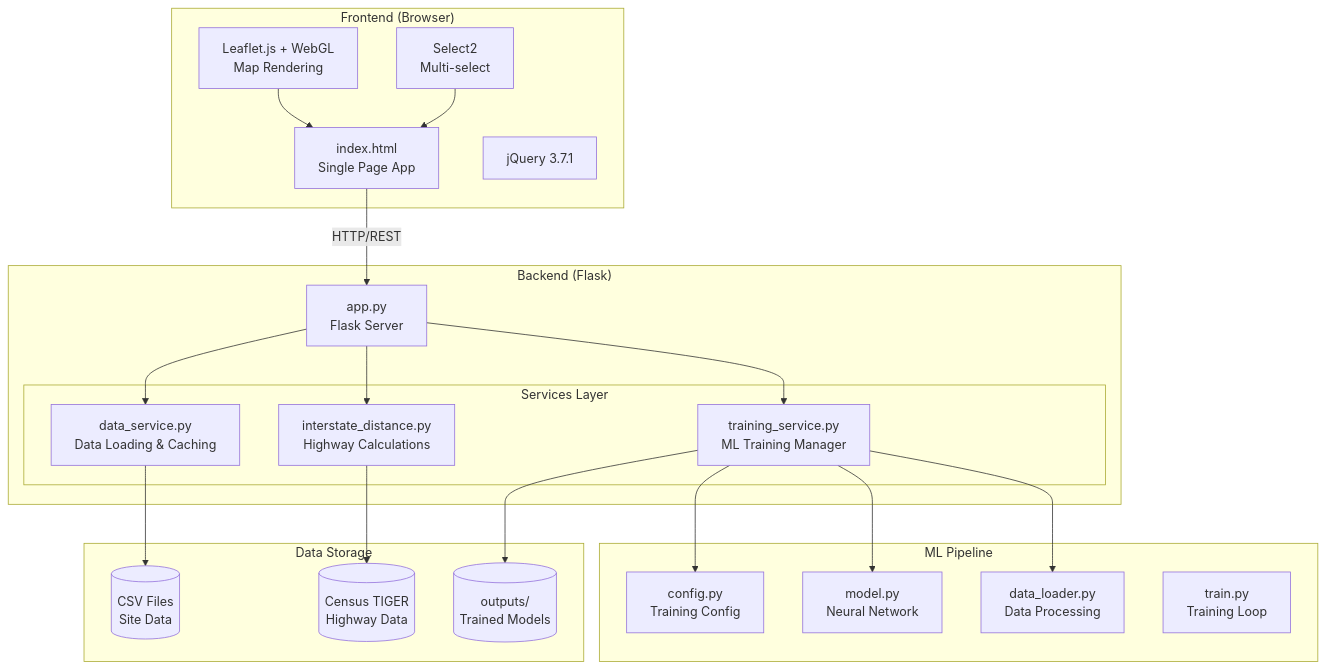
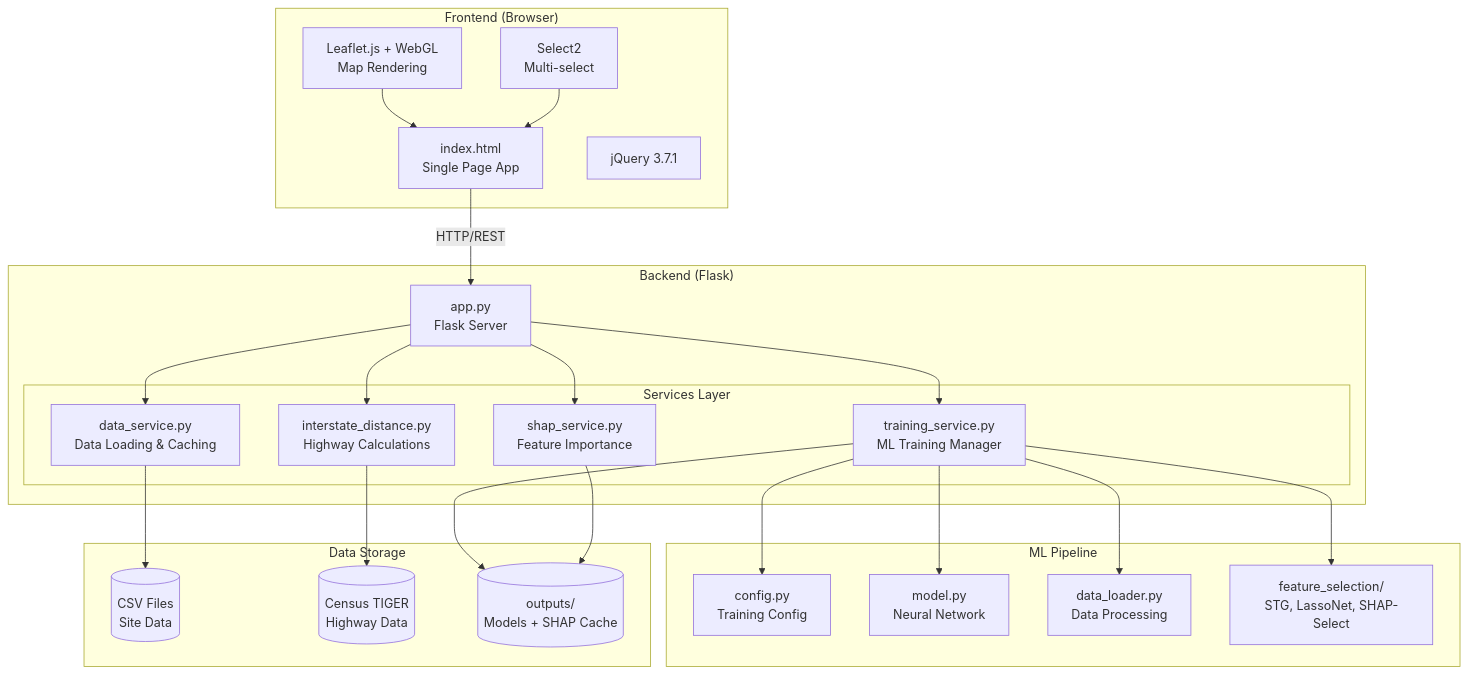
The first of 11 diagrams in docs/ARCHITECTURE.md (GarrettKohler/geovaluation), drawn with Mermaid before and after one commit. The commit also changed other lines of this file and 127 other files, not shown here.

````diff
--- a/docs/ARCHITECTURE.md
+++ b/docs/ARCHITECTURE.md
@@ -23,48 +23,52 @@
 ```mermaid
 graph TB
     subgraph "Frontend (Browser)"
         UI[index.html<br/>Single Page App]
         LEAFLET[Leaflet.js + WebGL<br/>Map Rendering]
         SELECT2[Select2<br/>Multi-select]
         JQUERY[jQuery 3.7.1]
     end
 
     subgraph "Backend (Flask)"
         APP[app.py<br/>Flask Server]
 
         subgraph "Services Layer"
             DS[data_service.py<br/>Data Loading & Caching]
             TS[training_service.py<br/>ML Training Manager]
             IS[interstate_distance.py<br/>Highway Calculations]
+            SS[shap_service.py<br/>Feature Importance]
         end
     end
 
     subgraph "ML Pipeline"
         CONFIG[config.py<br/>Training Config]
         MODEL[model.py<br/>Neural Network]
         LOADER[data_loader.py<br/>Data Processing]
-        TRAIN[train.py<br/>Training Loop]
+        FS[feature_selection/<br/>STG, LassoNet, SHAP-Select]
     end
 
     subgraph "Data Storage"
         CSV[(CSV Files<br/>Site Data)]
         TIGER[(Census TIGER<br/>Highway Data)]
-        OUTPUTS[(outputs/<br/>Trained Models)]
+        OUTPUTS[(outputs/<br/>Models + SHAP Cache)]
     end
 
     UI --> |HTTP/REST| APP
     APP --> DS
     APP --> TS
     APP --> IS
+    APP --> SS
 
     TS --> CONFIG
     TS --> MODEL
     TS --> LOADER
+    TS --> FS
 
     DS --> CSV
     IS --> TIGER
     TS --> OUTPUTS
+    SS --> OUTPUTS
 
     LEAFLET --> UI
     SELECT2 --> UI
 ```
````
